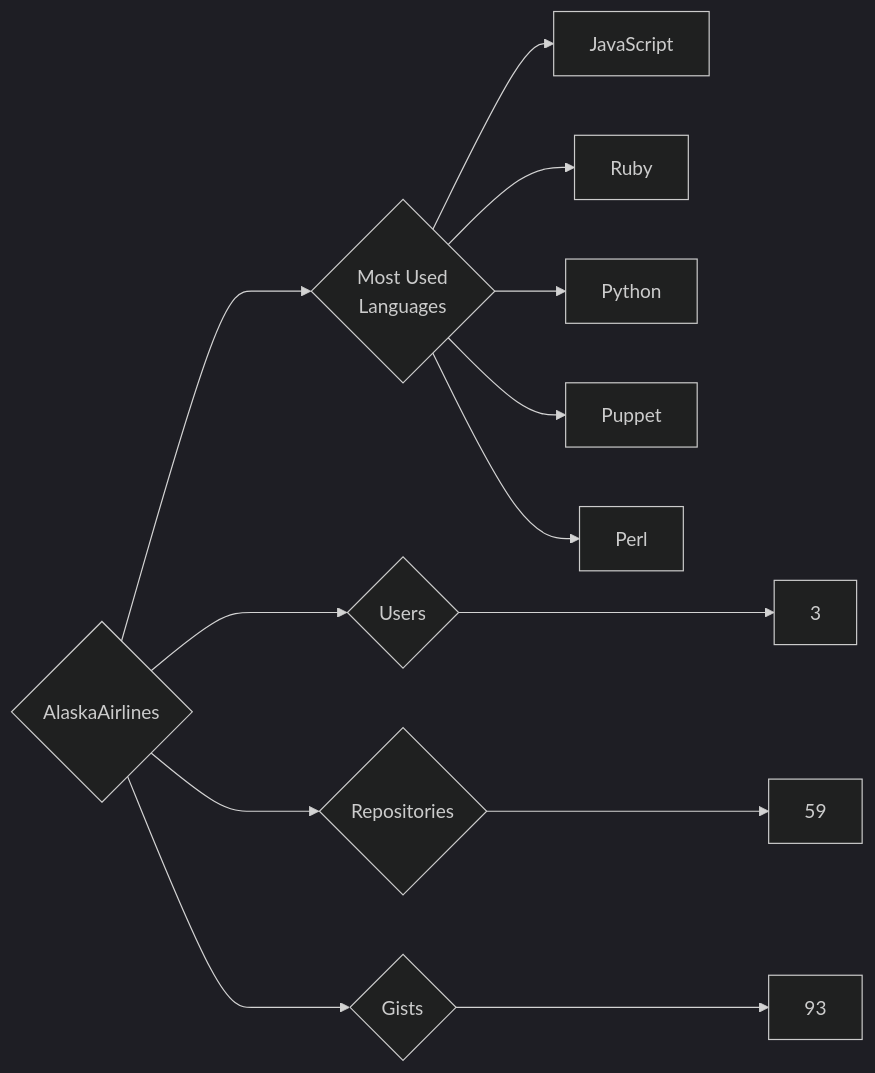
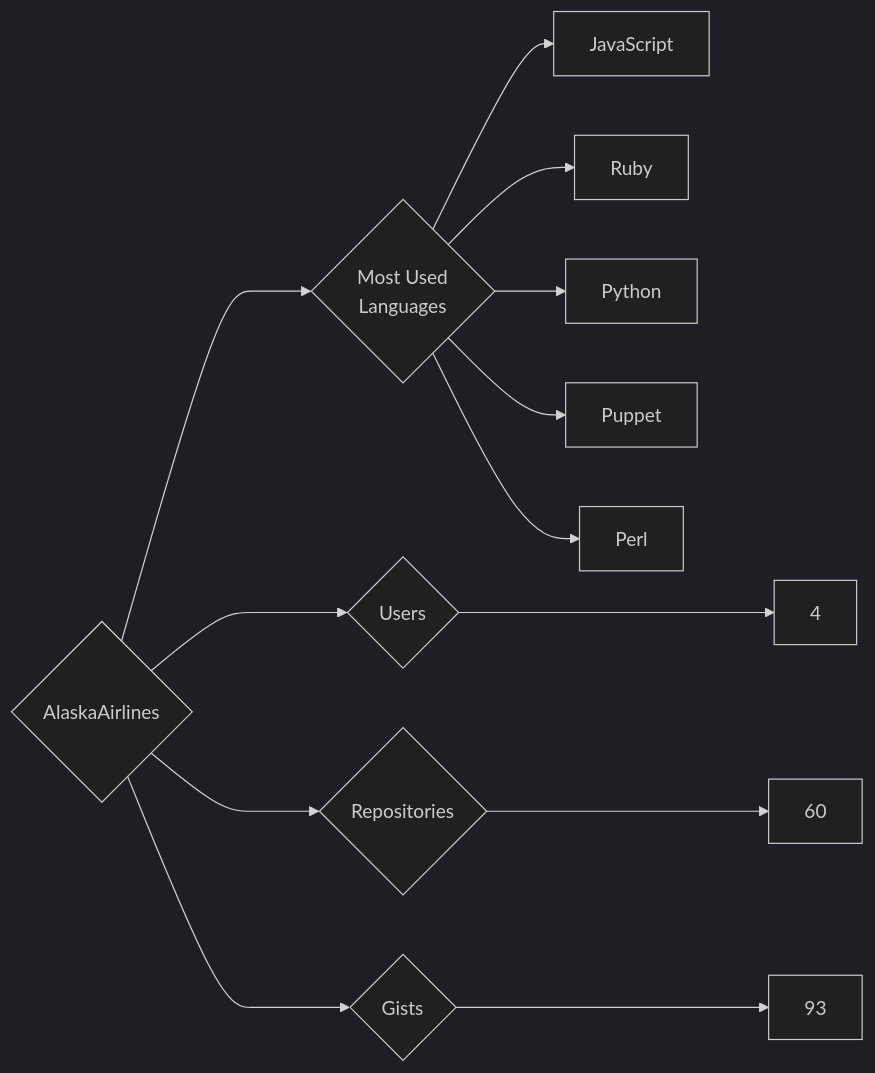
The diagram in targets/AlaskaAirlines/README.md (trickest/insiders), drawn with Mermaid (dark theme) before and after one commit. The commit also changed 776 other files, not shown here.

````diff
--- a/targets/AlaskaAirlines/README.md
+++ b/targets/AlaskaAirlines/README.md
@@ -3,13 +3,13 @@
 ```mermaid
 graph LR
 COMPANY_NAME{AlaskaAirlines}
-COMPANY_NAME ---> U{Users} ---> UN[3]
-COMPANY_NAME ---> R{Repositories} ---> RN[59]
+COMPANY_NAME ---> U{Users} ---> UN[4]
+COMPANY_NAME ---> R{Repositories} ---> RN[60]
 COMPANY_NAME ---> G{Gists} ---> GN[93]
 COMPANY_NAME ---> ML{Most Used<br>Languages}
 ML --> JavaScript[JavaScript]
 ML --> Ruby[Ruby]
 ML --> Python[Python]
 ML --> Puppet[Puppet]
 ML --> Perl[Perl]
 ```
````
